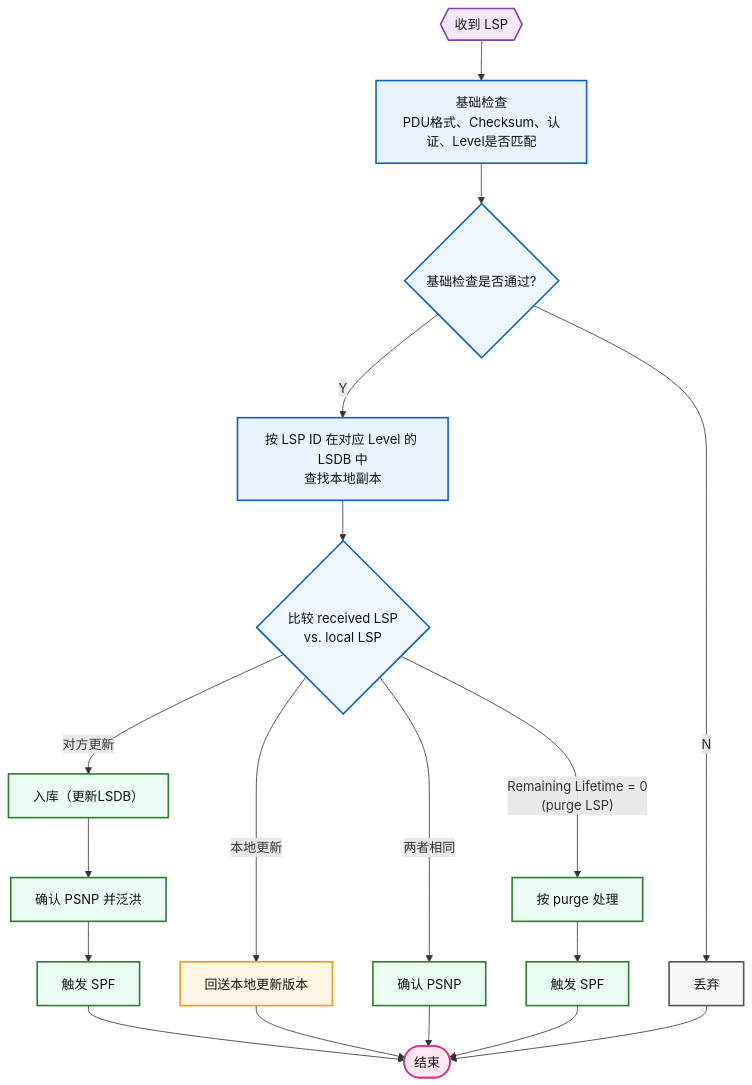
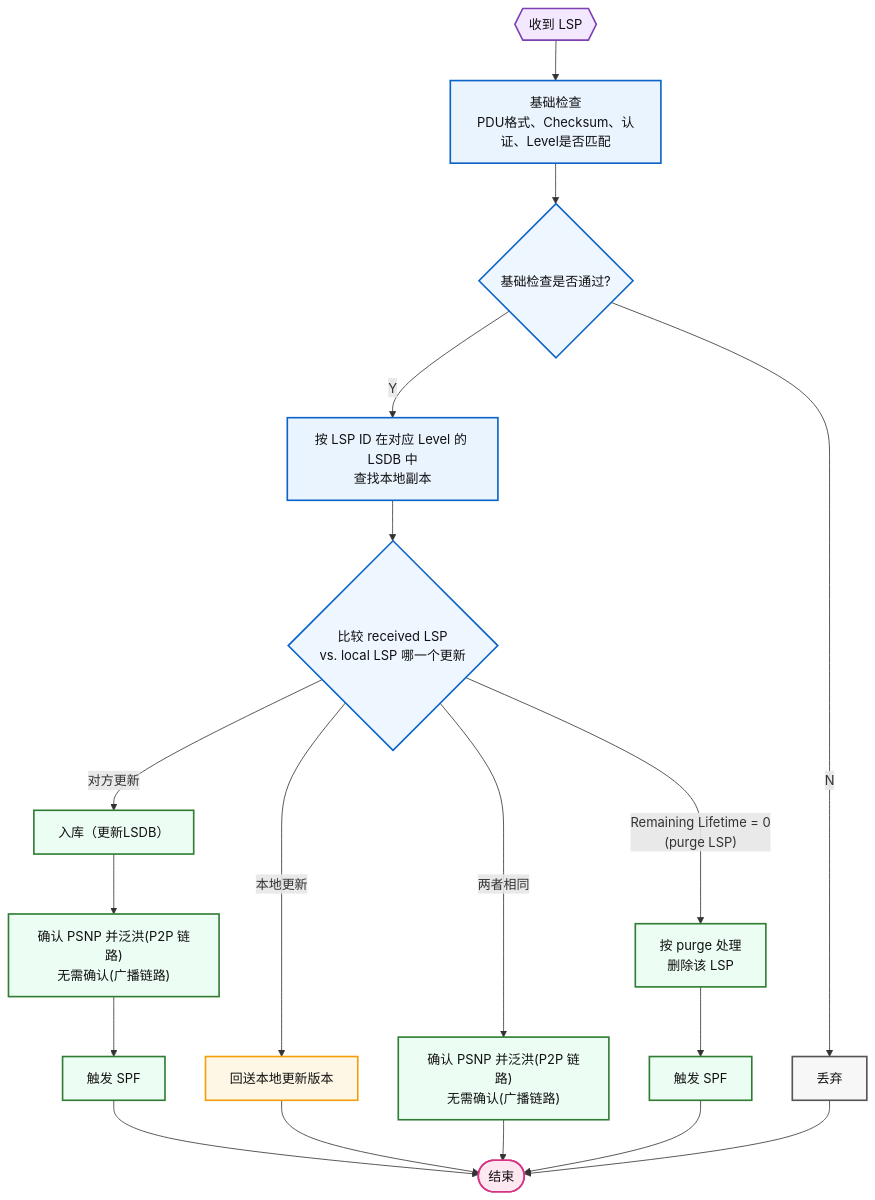
Before and after one commit to fuyoude/tech-blog: the second of 2 diagrams in 计算机网络/网络层/is-is/ISIS 链路状态数据库.md, drawn with Mermaid. The commit also changed other lines of this file and 4 other files, not shown here.

````diff
--- a/计算机网络/网络层/is-is/ISIS 链路状态数据库.md
+++ b/计算机网络/网络层/is-is/ISIS 链路状态数据库.md
@@ -440,43 +440,43 @@
 ```mermaid{class="mermaid-fit" style="--mmd-width:60%;"}
 flowchart TD
     A{{收到 LSP}} --> B[基础检查<br/>PDU格式、Checksum、认证、Level是否匹配]
     B --> C{基础检查是否通过?}
 
     C -- N --> D[丢弃]
     C -- Y --> E[按 LSP ID 在对应 Level 的 LSDB 中<br/>查找本地副本]
 
-    E --> F{比较 received LSP<br/>vs. local LSP}
+    E --> F{比较 received LSP<br/>vs. local LSP 哪一个更新}
 
     F -- 对方更新 --> G[入库（更新LSDB）]
-    G --> H[确认 PSNP 并泛洪]
+    G --> H["确认 PSNP 并泛洪(P2P 链路)<br/>无需确认(广播链路)"]
     H --> I[触发 SPF]
     I --> Z([结束])
 
     F -- 本地更新 --> J[回送本地更新版本]
     J --> Z
 
-    F -- 两者相同 --> K[确认 PSNP]
+    F -- 两者相同 --> K["确认 PSNP 并泛洪(P2P 链路)<br/>无需确认(广播链路)"]
     K --> Z
 
-    F -- "Remaining Lifetime = 0<br/>(purge LSP)" --> L[按 purge 处理<br/>]
+    F -- "Remaining Lifetime = 0<br/>(purge LSP)" --> L[按 purge 处理<br/>删除该 LSP]
     L --> M[触发 SPF]
     M --> Z
 
     D --> Z
 
     classDef start fill:#f3e8ff,stroke:#7e3fb2,stroke-width:2px,color:#111
     classDef check fill:#eaf4ff,stroke:#0b63c7,stroke-width:2px,color:#111
     classDef decision fill:#eef6ff,stroke:#0b63c7,stroke-width:2px,color:#111
     classDef update fill:#ecfdf3,stroke:#2e7d32,stroke-width:2px,color:#111
     classDef local fill:#fff7e6,stroke:#f59e0b,stroke-width:2px,color:#111
     classDef discard fill:#f7f7f7,stroke:#555,stroke-width:2px,color:#111
     classDef finish fill:#fde7f1,stroke:#d63384,stroke-width:2px,color:#111
 
     class A start
     class B,E check
     class C,F decision
     class G,H,I,K,L,M update
     class J local
     class D discard
     class Z finish
 ```
````
